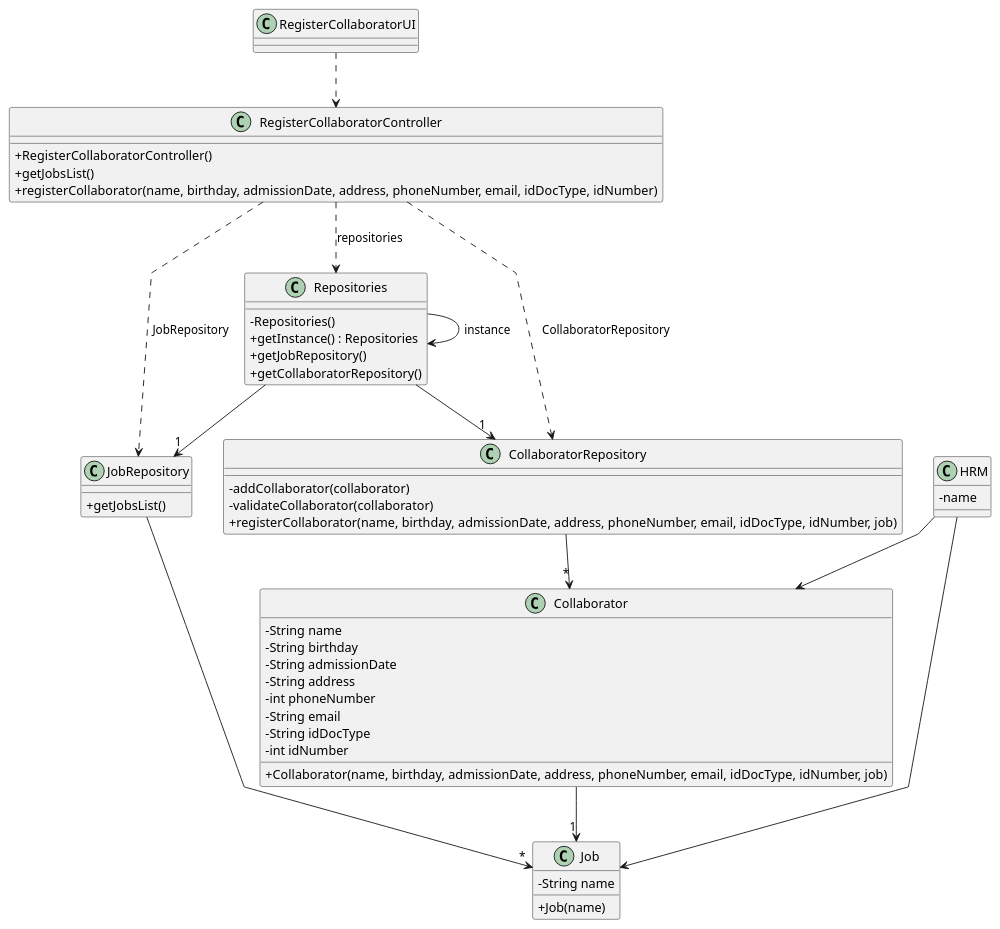
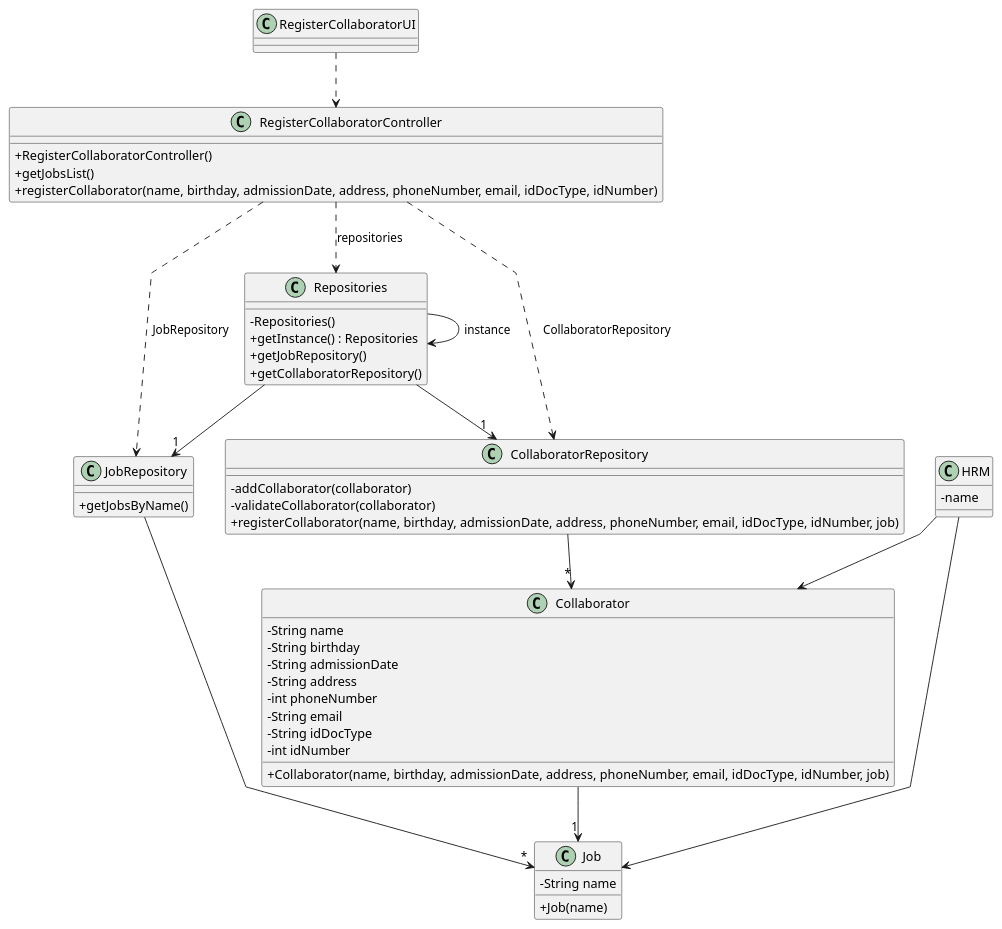
One commit to daniel41silva05/ISEP_2023_2024_LAPR2 changed the diagram in docs/sprintA&B/us003/03.design/puml/us003-class-diagram.puml. Above: the diagram before and after it, drawn with PlantUML. The commit also changed 12 other files, not shown here.

```diff
--- a/docs/sprintA&B/us003/03.design/puml/us003-class-diagram.puml
+++ b/docs/sprintA&B/us003/03.design/puml/us003-class-diagram.puml
@@ -1,73 +1,73 @@
 @startuml
 'skinparam monochrome true
 skinparam packageStyle rectangle
 skinparam shadowing false
 skinparam linetype polyline
 'skinparam linetype orto
 
 skinparam classAttributeIconSize 0
 
 'left to right direction
 
 class RegisterCollaboratorUI {
 }
 
 class RegisterCollaboratorController {
     +RegisterCollaboratorController()
     +getJobsList()
     +registerCollaborator(name, birthday, admissionDate, address, phoneNumber, email, idDocType, idNumber)
 }
 
 class CollaboratorRepository {
     -addCollaborator(collaborator)
     -validateCollaborator(collaborator)
     +registerCollaborator(name, birthday, admissionDate, address, phoneNumber, email, idDocType, idNumber, job)
 }
 
 class Collaborator {
     -String name
     -String birthday
     -String admissionDate
     -String address
     -int phoneNumber
     -String email
     -String idDocType
     -int idNumber
     +Collaborator(name, birthday, admissionDate, address, phoneNumber, email, idDocType, idNumber, job)
 
 }
 
 class JobRepository {
-    +getJobsList()
+    +getJobsByName()
 }
 
 class Job {
     -String name
     +Job(name)
 }
 
 class HRM {
     - name
 }
 
 class Repositories {
     - Repositories()
     + getInstance() : Repositories
     + getJobRepository()
     + getCollaboratorRepository()
 }
 
 RegisterCollaboratorUI ..> RegisterCollaboratorController
 RegisterCollaboratorController ..> Repositories: repositories
 RegisterCollaboratorController ..> CollaboratorRepository: CollaboratorRepository
 RegisterCollaboratorController ..> JobRepository: JobRepository
 Repositories --> Repositories: instance
 Repositories --> "1" CollaboratorRepository
 Repositories --> "1" JobRepository
 CollaboratorRepository --> "*" Collaborator
 JobRepository --> "*" Job
 Collaborator --> "1" Job
 HRM --> Collaborator
 HRM --> Job
 
 @enduml
```
